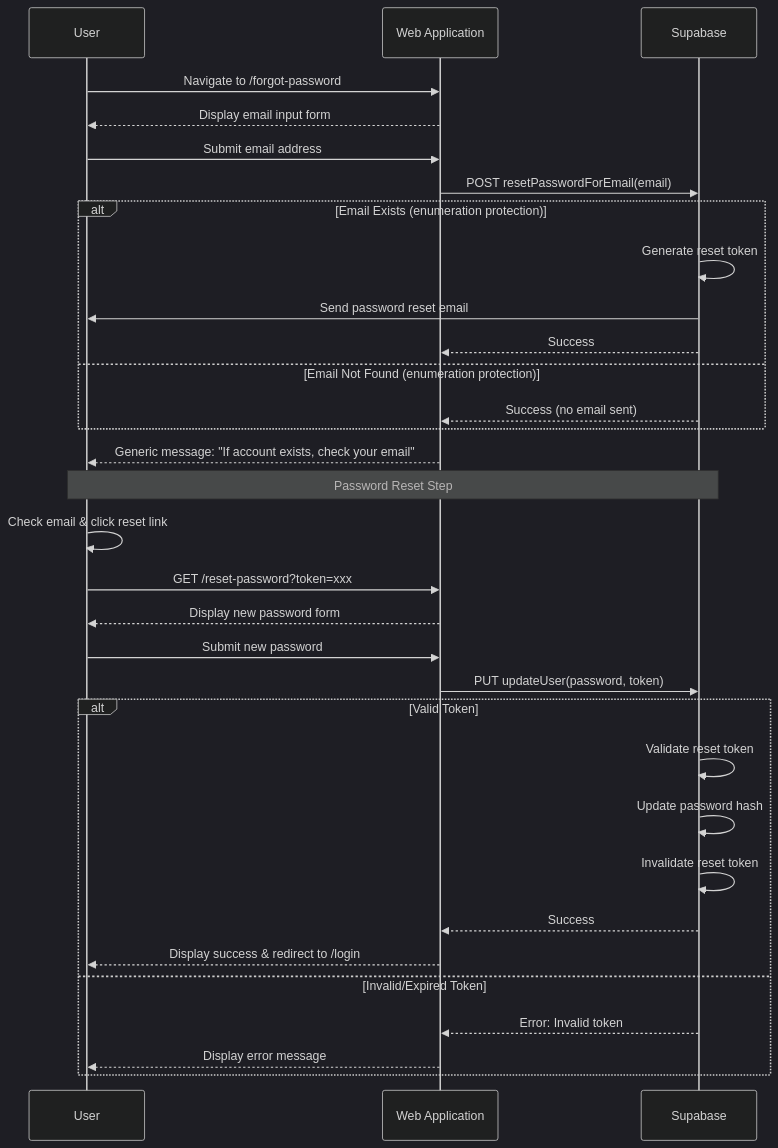
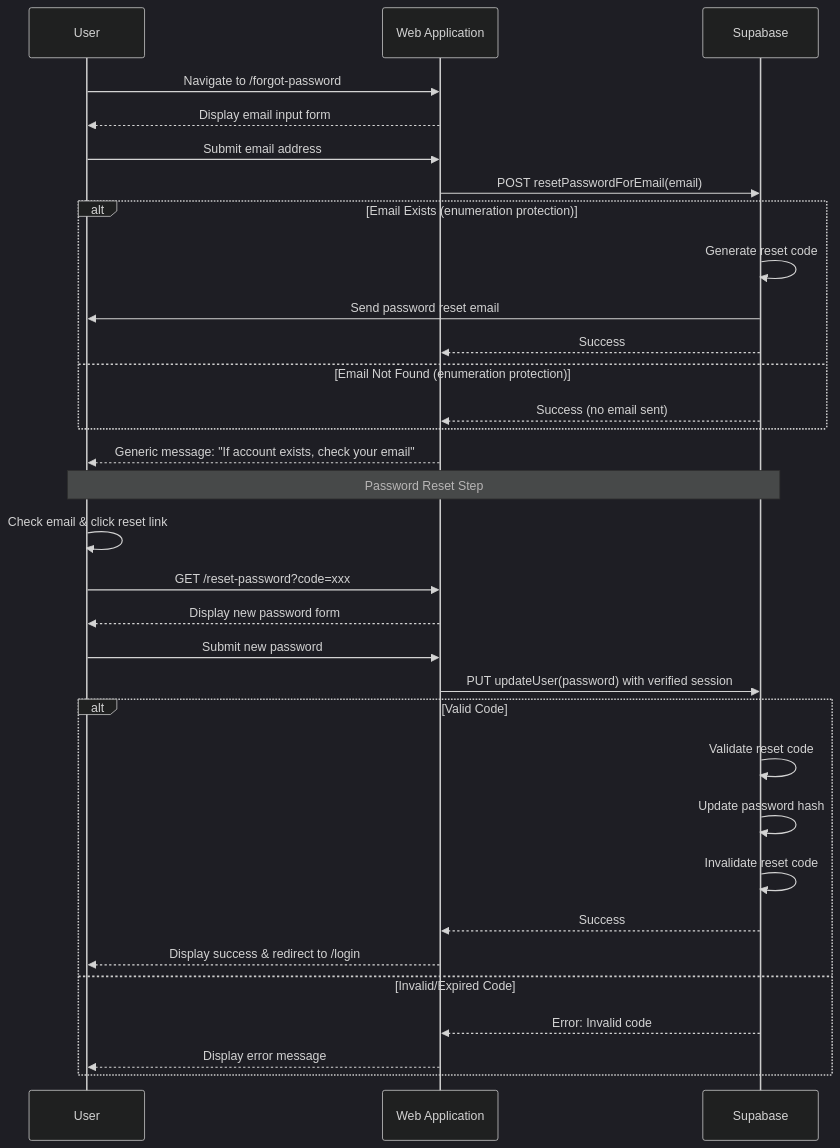
One commit to allev1985/topten changed the third of 3 diagrams in docs/decisions/auth-sequence-diagrams.md. Above: the diagram before and after it, drawn with Mermaid (dark theme). The commit also changed other lines of this file, not shown here.

Commit message:
fix: Correct Supabase parameter names in sequence diagrams
- Change 'token' to 'code' for email verification (Supabase standard)
- Update email verification endpoint from /auth/verify to /verify-email
- Update verifyEmail() to verifyOtp(code, type: 'email')
- Apply same corrections to password reset flow for consistency
- Change reset token references to reset code

````diff
--- a/docs/decisions/auth-sequence-diagrams.md
+++ b/docs/decisions/auth-sequence-diagrams.md
@@ -74,42 +74,42 @@
 ```mermaid
 sequenceDiagram
     participant User
     participant WebApp as Web Application
     participant Supabase
 
     User->>WebApp: Navigate to /forgot-password
     WebApp-->>User: Display email input form
 
     User->>WebApp: Submit email address
     WebApp->>Supabase: POST resetPasswordForEmail(email)
 
     alt Email Exists (enumeration protection)
-        Supabase->>Supabase: Generate reset token
+        Supabase->>Supabase: Generate reset code
         Supabase->>User: Send password reset email
         Supabase-->>WebApp: Success
     else Email Not Found (enumeration protection)
         Supabase-->>WebApp: Success (no email sent)
     end
 
     WebApp-->>User: Generic message: "If account exists, check your email"
 
     Note over User,Supabase: Password Reset Step
 
     User->>User: Check email & click reset link
-    User->>WebApp: GET /reset-password?token=xxx
+    User->>WebApp: GET /reset-password?code=xxx
     WebApp-->>User: Display new password form
 
     User->>WebApp: Submit new password
-    WebApp->>Supabase: PUT updateUser(password, token)
+    WebApp->>Supabase: PUT updateUser(password) with verified session
 
-    alt Valid Token
-        Supabase->>Supabase: Validate reset token
+    alt Valid Code
+        Supabase->>Supabase: Validate reset code
         Supabase->>Supabase: Update password hash
-        Supabase->>Supabase: Invalidate reset token
+        Supabase->>Supabase: Invalidate reset code
         Supabase-->>WebApp: Success
         WebApp-->>User: Display success & redirect to /login
-    else Invalid/Expired Token
-        Supabase-->>WebApp: Error: Invalid token
+    else Invalid/Expired Code
+        Supabase-->>WebApp: Error: Invalid code
         WebApp-->>User: Display error message
     end
 ```
````
